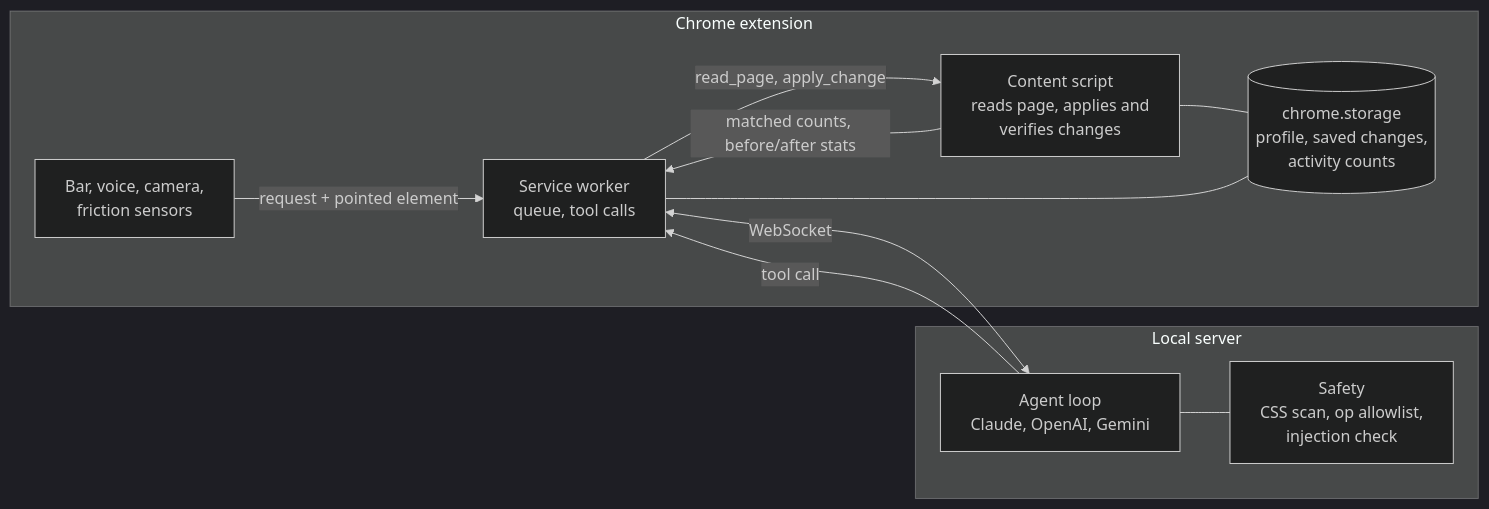
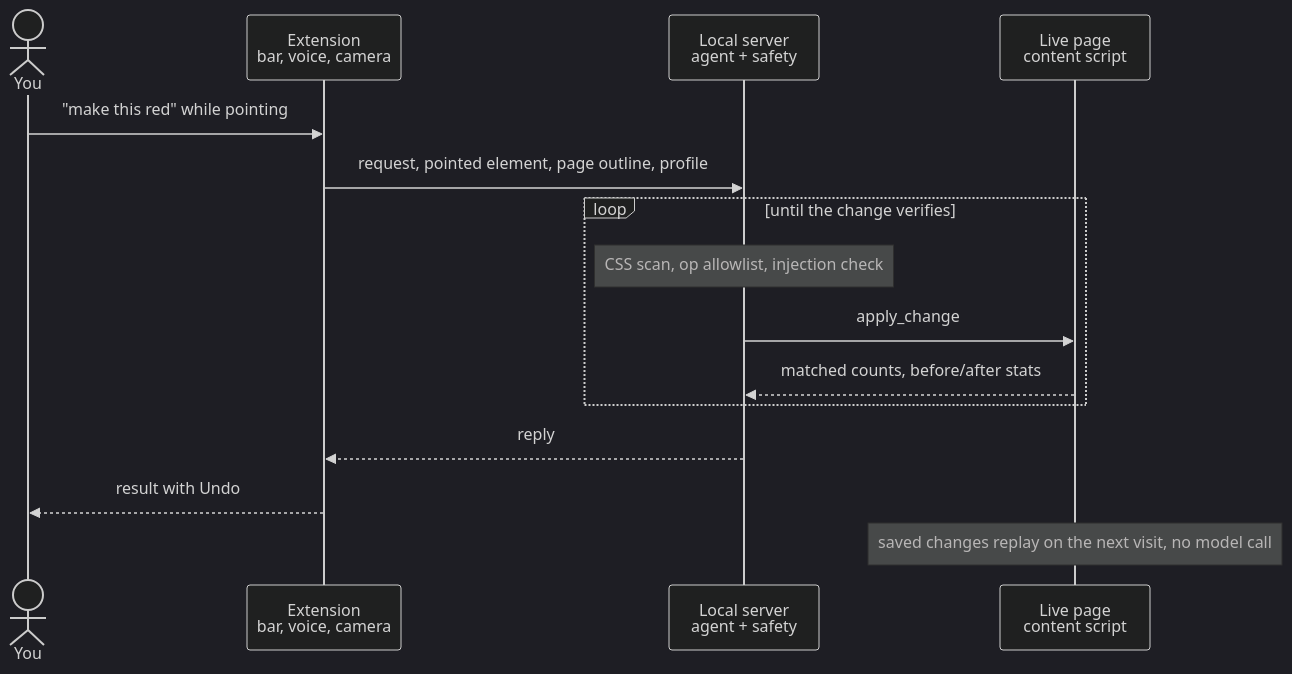
The diagram in README.md (Riddhimaan-Senapati/cappy), drawn with Mermaid (dark theme) before and after one commit.

Commit message:
docs: show one request as a sequence diagram in the README

````diff
--- a/README.md
+++ b/README.md
@@ -33,21 +33,17 @@
 ```mermaid
-flowchart LR
-  subgraph ext[Chrome extension]
-    UI[Bar, voice, camera,<br/>friction sensors]
-    CS[Content script<br/>reads page, applies and<br/>verifies changes]
-    SW[Service worker<br/>queue, tool calls]
-    ST[(chrome.storage<br/>profile, saved changes,<br/>activity counts)]
+sequenceDiagram
+  actor You
+  participant Ext as Extension<br/>bar, voice, camera
+  participant Agent as Local server<br/>agent + safety
+  participant Page as Live page<br/>content script
+  You->>Ext: "make this red" while pointing
+  Ext->>Agent: request, pointed element, page outline, profile
+  loop until the change verifies
+    Note over Agent: CSS scan, op allowlist, injection check
+    Agent->>Page: apply_change
+    Page-->>Agent: matched counts, before/after stats
   end
-  subgraph srv[Local server]
-    AG[Agent loop<br/>Claude, OpenAI, Gemini]
-    SF[Safety<br/>CSS scan, op allowlist,<br/>injection check]
-  end
-  UI -- request + pointed element --> SW
-  SW <-- WebSocket --> AG
-  AG -- tool call --> SW
-  SW -- read_page, apply_change --> CS
-  CS -- matched counts, before/after stats --> SW
-  AG --- SF
-  CS --- ST
-  SW --- ST
+  Agent-->>Ext: reply
+  Ext-->>You: result with Undo
+  Note over Page: saved changes replay on the next visit, no model call
 ```
````
